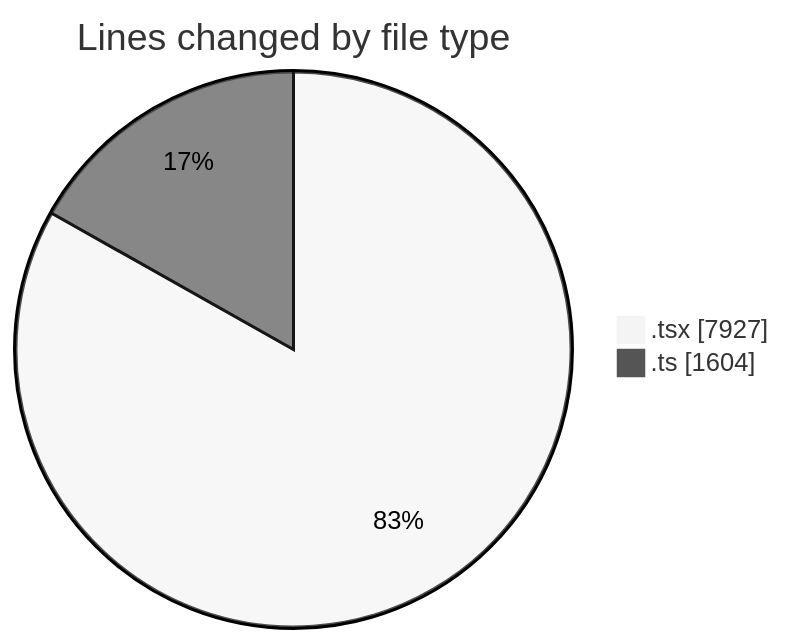
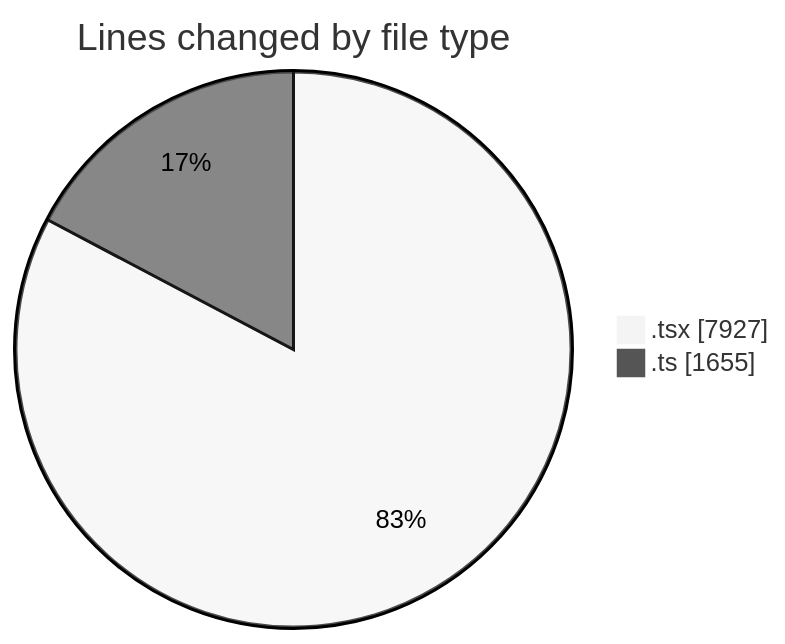
One commit to nxtqubesakshisongat/code-tracking changed the first of 2 diagrams in 2026-03-10/nxtqube_webapp/README.md. Above: the diagram before and after it, drawn with Mermaid (neutral theme). The commit also changed other lines of this file and 1 other file, not shown here.

````diff
--- a/2026-03-10/nxtqube_webapp/README.md
+++ b/2026-03-10/nxtqube_webapp/README.md
@@ -42,6 +42,6 @@
 ```mermaid
 pie showData
 title Lines changed by file type
 ".tsx" : 7927
-".ts" : 1604
+".ts" : 1655
 ```
````
